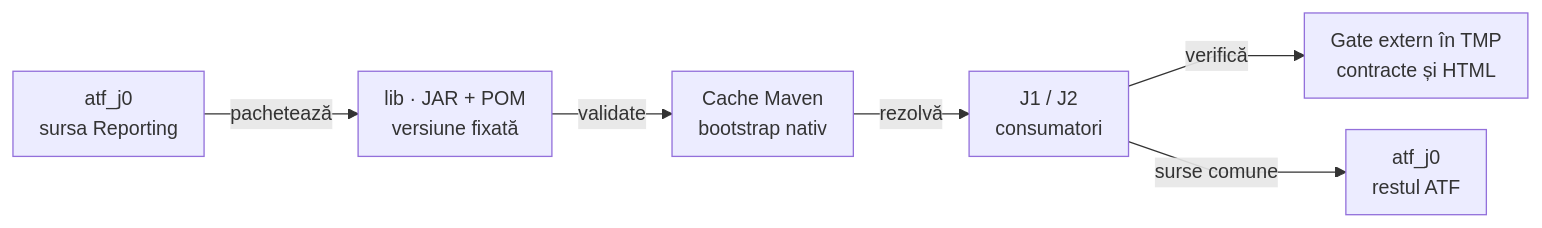
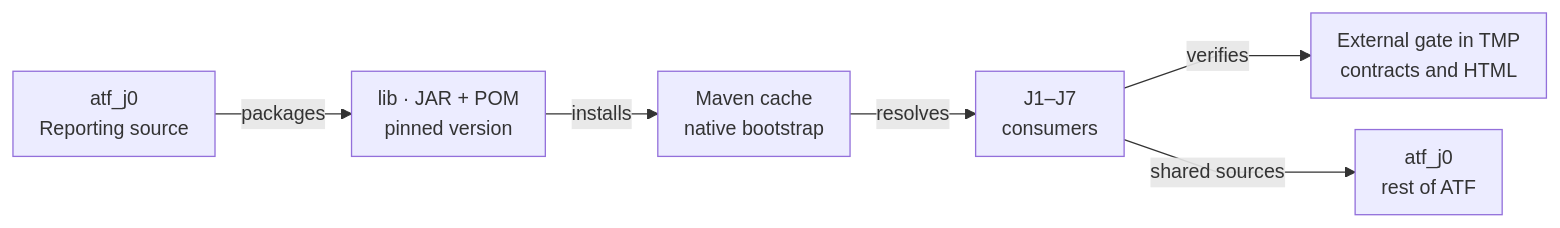
One commit to crististefanita/atf_j1 changed the diagram in docs/ATF_Reporting_Consumer.md. Above: the diagram before and after it, drawn with Mermaid. The commit also changed other lines of this file and 83 other files, not shown here.

````diff
--- a/docs/ATF_Reporting_Consumer.md
+++ b/docs/ATF_Reporting_Consumer.md
@@ -44,9 +51,9 @@
 ```mermaid
 %%{init: {"themeVariables":{"fontSize":"15px"},"themeCSS":".nodeLabel, .nodeLabel p { font-size: 15px !important; line-height: 1.35 !important; } .edgeLabel, .edgeLabel p { font-size: 12px !important; font-weight: 400 !important; line-height: 1.2 !important; } .edgeLabel .labelBkg, .edgeLabel p { background: transparent !important; } .edgeLabel foreignObject { transform: translateY(-18px); overflow: visible; } .node rect { rx: 6px; ry: 6px; }","flowchart":{"curve":"linear","nodeSpacing":24,"rankSpacing":40,"padding":10,"diagramPadding":16}}}%%
 flowchart LR
-    Source["atf_j0<br/>sursa Reporting"] -->|pachetează| Library["lib · JAR + POM<br/>versiune fixată"]
-    Library -->|validate| Repository["Cache Maven<br/>bootstrap nativ"]
-    Repository -->|rezolvă| Consumer["J1 / J2<br/>consumatori"]
-    Consumer -->|verifică| Tests["Gate extern în TMP<br/>contracte și HTML"]
-    Consumer -->|surse comune| Mirror["atf_j0<br/>restul ATF"]
+    Source["atf_j0<br/>Reporting source"] -->|packages| Library["lib · JAR + POM<br/>pinned version"]
+    Library -->|installs| Repository["Maven cache<br/>native bootstrap"]
+    Repository -->|resolves| Consumer["J1–J7<br/>consumers"]
+    Consumer -->|verifies| Tests["External gate in TMP<br/>contracts and HTML"]
+    Consumer -->|shared sources| Mirror["atf_j0<br/>rest of ATF"]
 ```
````
